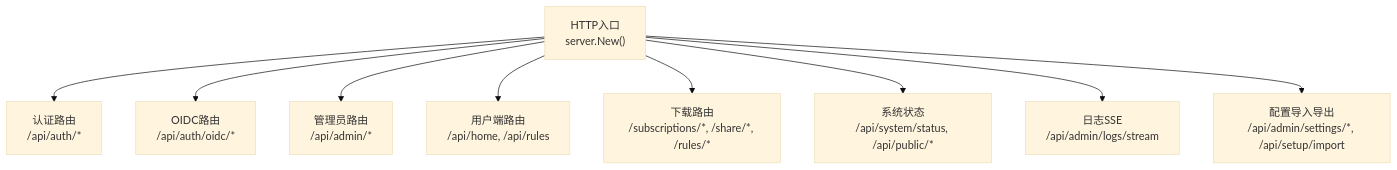
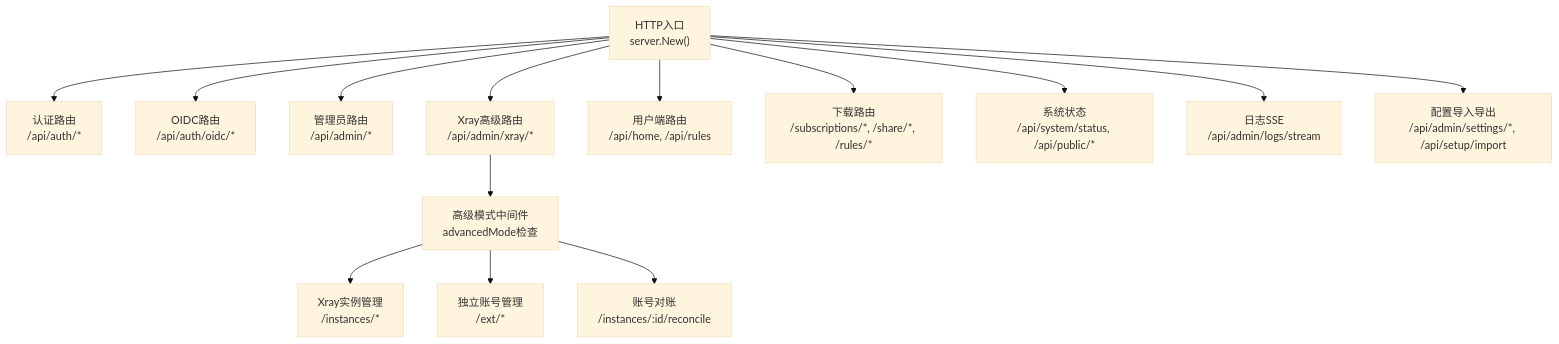
The first of 8 diagrams in .qoder/repowiki/zh/content/API接口文档/API接口文档.md (AlcaProphet/VPN-Subscription-Management), drawn with Mermaid (base theme) before and after one commit. The commit also changed other lines of this file and 7 other files, not shown here.

````diff
--- a/.qoder/repowiki/zh/content/API接口文档/API接口文档.md
+++ b/.qoder/repowiki/zh/content/API接口文档/API接口文档.md
@@ -64,11 +66,16 @@
 ```mermaid
 graph TB
 A["HTTP入口<br/>server.New()"] --> B["认证路由<br/>/api/auth/*"]
 A --> C["OIDC路由<br/>/api/auth/oidc/*"]
 A --> D["管理员路由<br/>/api/admin/*"]
-A --> E["用户端路由<br/>/api/home, /api/rules"]
-A --> F["下载路由<br/>/subscriptions/*, /share/*, /rules/*"]
-A --> G["系统状态<br/>/api/system/status, /api/public/*"]
-A --> H["日志SSE<br/>/api/admin/logs/stream"]
-A --> I["配置导入导出<br/>/api/admin/settings/*, /api/setup/import"]
+A --> E["Xray高级路由<br/>/api/admin/xray/*"]
+A --> F["用户端路由<br/>/api/home, /api/rules"]
+A --> G["下载路由<br/>/subscriptions/*, /share/*, /rules/*"]
+A --> H["系统状态<br/>/api/system/status, /api/public/*"]
+A --> I["日志SSE<br/>/api/admin/logs/stream"]
+A --> J["配置导入导出<br/>/api/admin/settings/*, /api/setup/import"]
+E --> K["高级模式中间件<br/>advancedMode检查"]
+K --> L["Xray实例管理<br/>/instances/*"]
+K --> M["独立账号管理<br/>/ext/*"]
+K --> N["账号对账<br/>/instances/:id/reconcile"]
 ```
````
